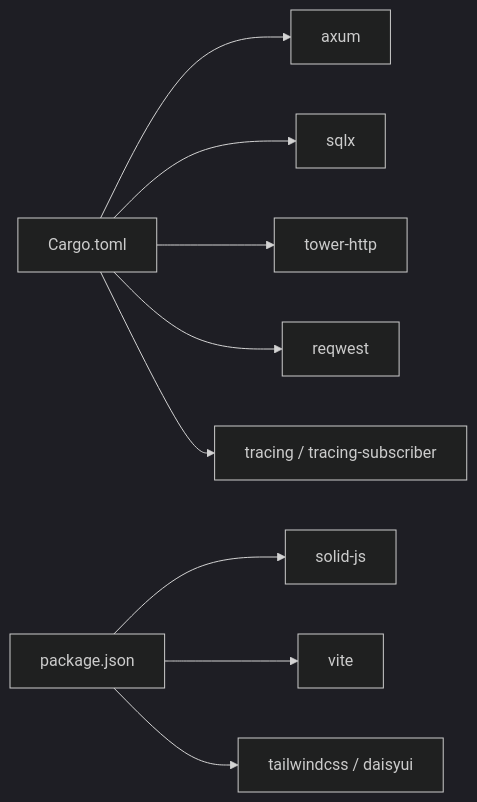
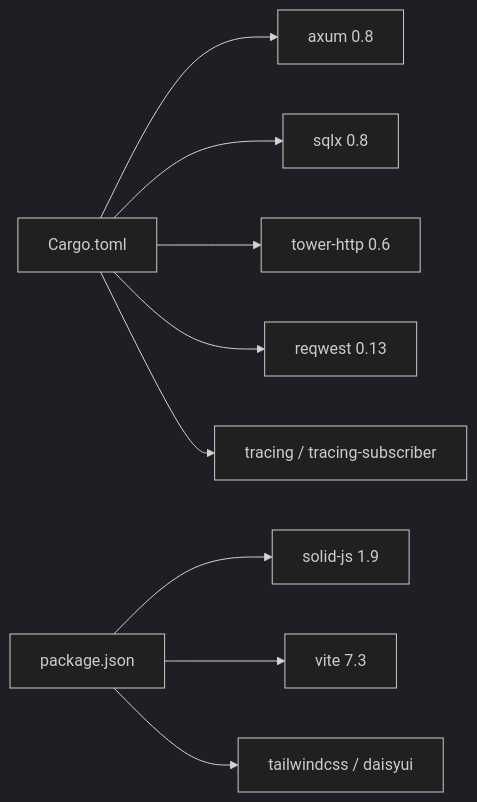
The ninth of 10 diagrams in .qoder/repowiki/en/content/Architecture & Design.md (sutanto1010/crablite), drawn with Mermaid (dark theme) before and after one commit. The commit also changed other lines of this file and 7 other files, not shown here.

First line of the commit message:
docs(architecture): update detailed system architecture and documentation

````diff
--- a/.qoder/repowiki/en/content/Architecture & Design.md
+++ b/.qoder/repowiki/en/content/Architecture & Design.md
@@ -350,11 +370,11 @@
 ```mermaid
 graph LR
-Cargo["Cargo.toml"] --> Axum["axum"]
-Cargo --> SQLx["sqlx"]
-Cargo --> TowerHTTP["tower-http"]
-Cargo --> Reqwest["reqwest"]
+Cargo["Cargo.toml"] --> Axum["axum 0.8"]
+Cargo --> SQLx["sqlx 0.8"]
+Cargo --> TowerHTTP["tower-http 0.6"]
+Cargo --> Reqwest["reqwest 0.13"]
 Cargo --> Tracing["tracing / tracing-subscriber"]
-Package["package.json"] --> Solid["solid-js"]
-Package --> Vite["vite"]
+Package["package.json"] --> Solid["solid-js 1.9"]
+Package --> Vite["vite 7.3"]
 Package --> Tailwind["tailwindcss / daisyui"]
 ```
````
